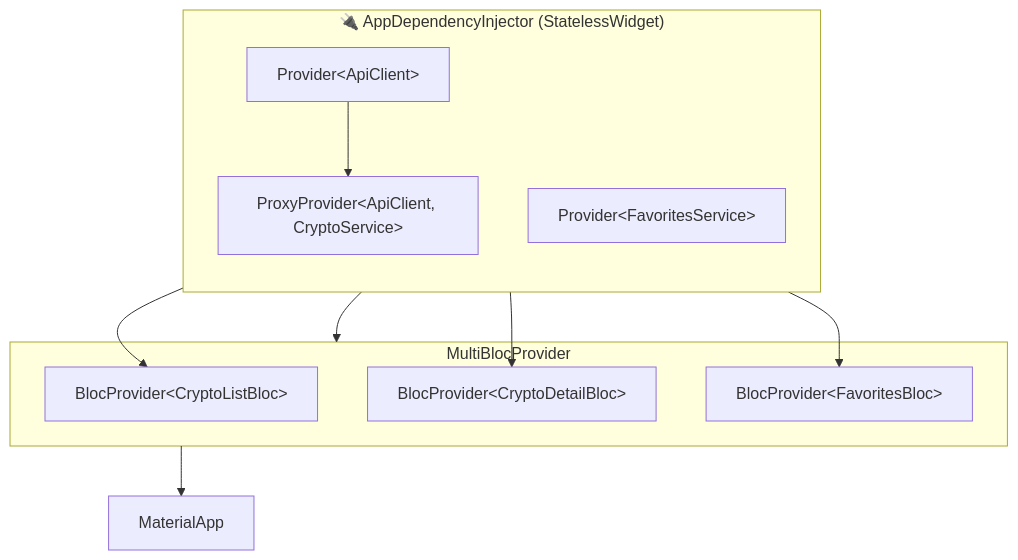
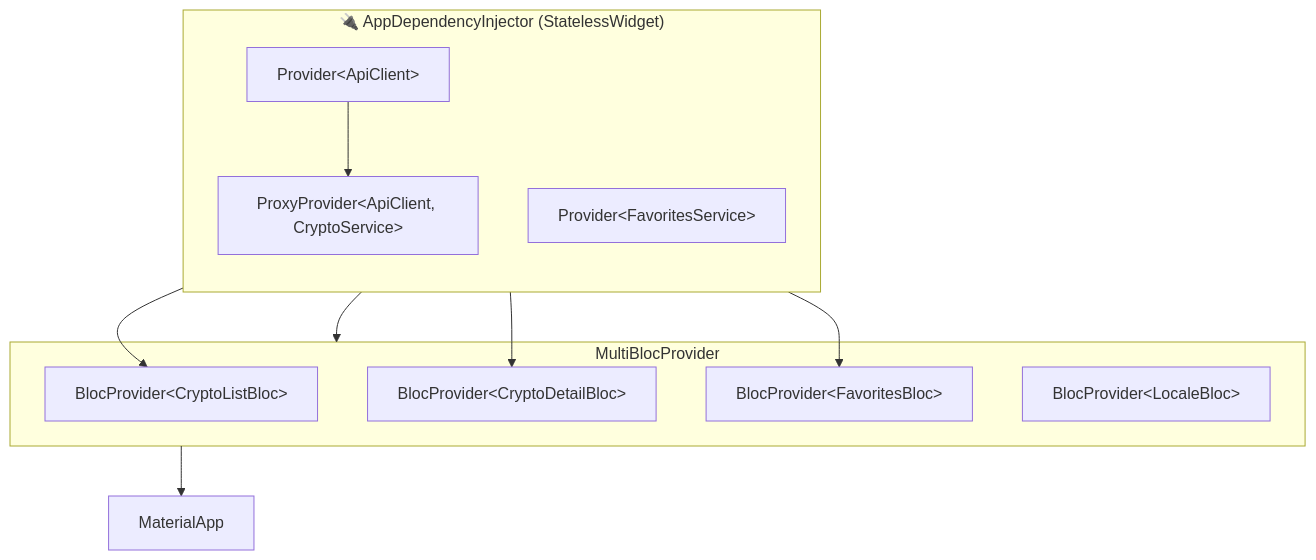
Before and after one commit to orl99/crypto_tracker_lite: the third of 10 diagrams in Docs_and_architecture_diagrams.md, drawn with Mermaid. The commit also changed other lines of this file and 5 other files, not shown here.

````diff
--- a/Docs_and_architecture_diagrams.md
+++ b/Docs_and_architecture_diagrams.md
@@ -145,23 +155,24 @@
 ```mermaid
 graph TD
     subgraph DI["🔌 AppDependencyInjector (StatelessWidget)"]
         direction TB
         P1["Provider&lt;ApiClient&gt;"]
         P2["ProxyProvider&lt;ApiClient, CryptoService&gt;"]
         P3["Provider&lt;FavoritesService&gt;"]
     end
 
     subgraph BLOCS["MultiBlocProvider"]
         B1["BlocProvider&lt;CryptoListBloc&gt;"]
         B2["BlocProvider&lt;CryptoDetailBloc&gt;"]
         B3["BlocProvider&lt;FavoritesBloc&gt;"]
+        B4["BlocProvider&lt;LocaleBloc&gt;"]
     end
 
     P1 --> P2
     P2 --> B1
     P2 --> B2
     P3 --> B3
 
     DI --> BLOCS
     BLOCS --> APP["MaterialApp"]
 ```
````
